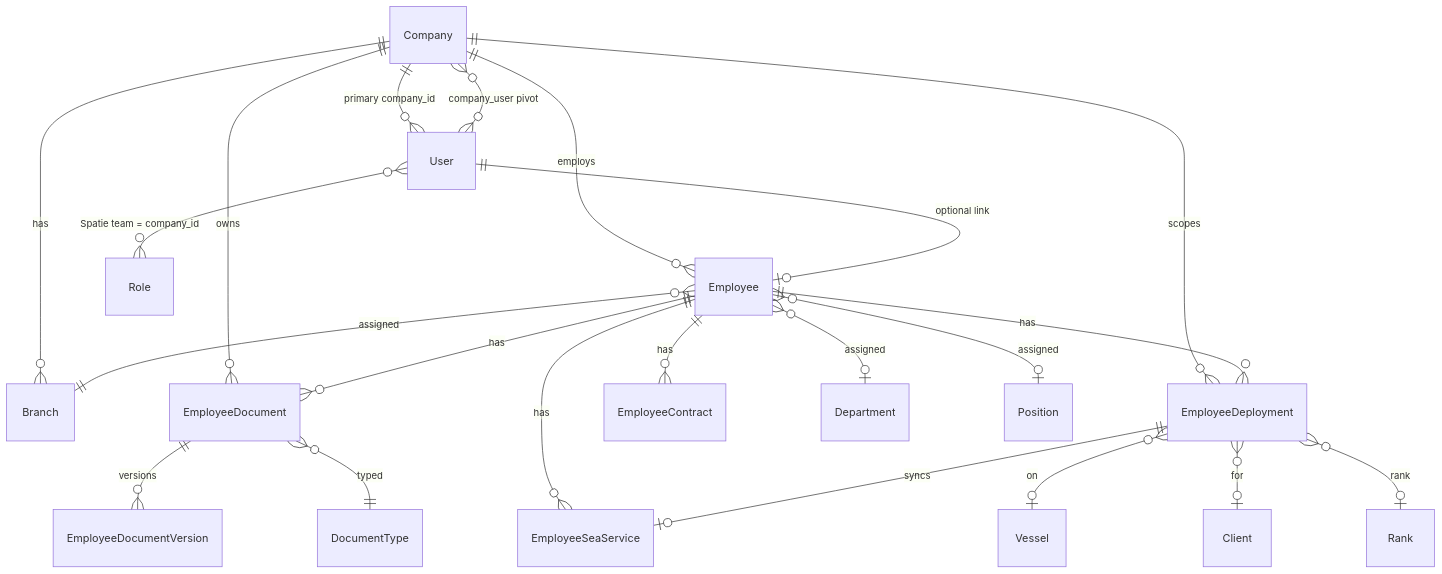
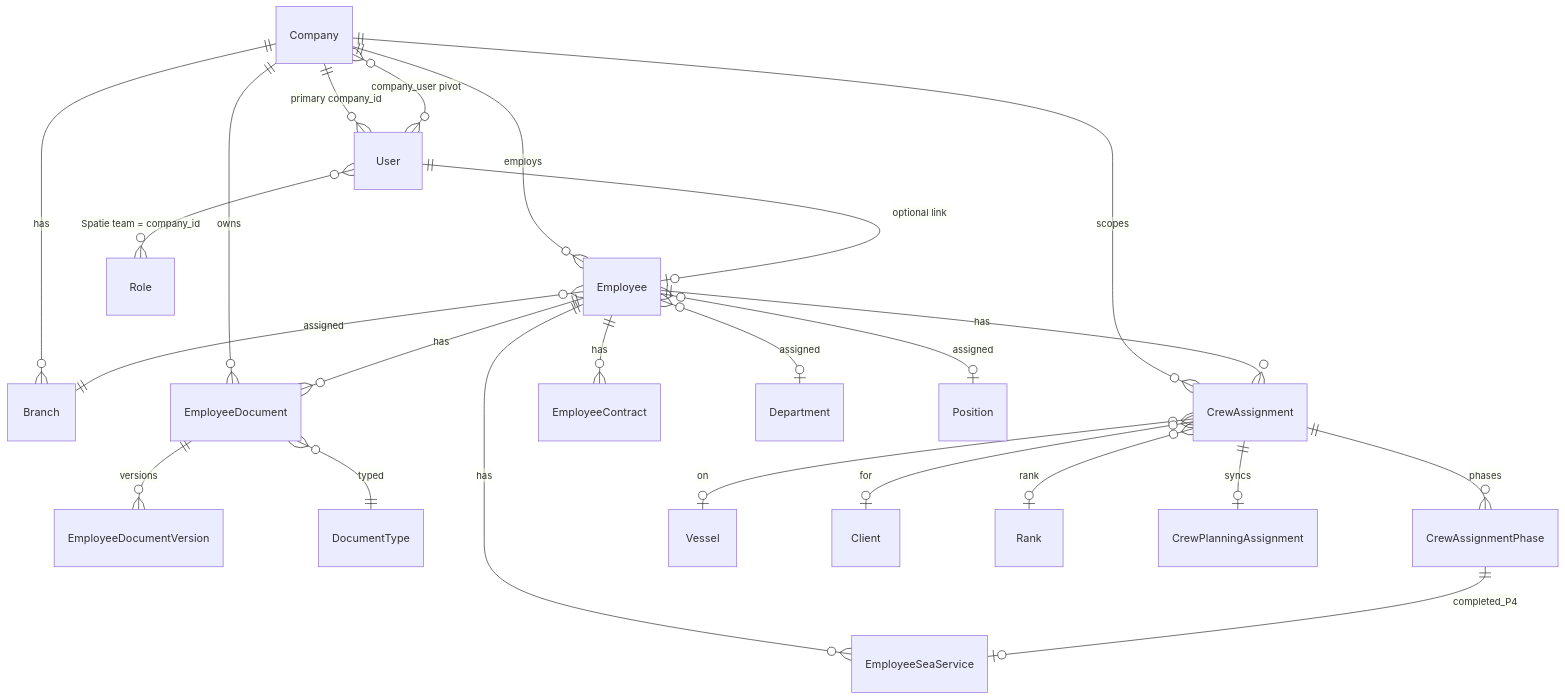
Before and after one commit to rabil007/HRM: the first of 8 diagrams in docs/architecture/domains.md, drawn with Mermaid. The commit also changed other lines of this file and 17 other files, not shown here.

First line of the commit message:
docs: refresh architecture and agent context routing

````diff
--- a/docs/architecture/domains.md
+++ b/docs/architecture/domains.md
@@ -11,28 +11,30 @@
 ```mermaid
 erDiagram
     Company ||--o{ Branch : has
     Company ||--o{ Employee : employs
     Company ||--o{ User : "primary company_id"
     Company }o--o{ User : "company_user pivot"
     Company ||--o{ EmployeeDocument : owns
-    Company ||--o{ EmployeeDeployment : scopes
+    Company ||--o{ CrewAssignment : scopes
 
     User ||--o| Employee : "optional link"
     User }o--o{ Role : "Spatie team = company_id"
 
     Employee ||--o{ EmployeeDocument : has
-    Employee ||--o{ EmployeeDeployment : has
+    Employee ||--o{ CrewAssignment : has
     Employee ||--o{ EmployeeContract : has
     Employee ||--o{ EmployeeSeaService : has
     Employee }o--|| Branch : assigned
     Employee }o--o| Department : assigned
     Employee }o--o| Position : assigned
 
     EmployeeDocument ||--o{ EmployeeDocumentVersion : versions
     EmployeeDocument }o--|| DocumentType : typed
 
-    EmployeeDeployment ||--o| EmployeeSeaService : syncs
-    EmployeeDeployment }o--o| Vessel : on
-    EmployeeDeployment }o--o| Client : for
-    EmployeeDeployment }o--o| Rank : rank
+    CrewAssignment ||--o{ CrewAssignmentPhase : phases
+    CrewAssignment }o--o| Vessel : on
+    CrewAssignment }o--o| Client : for
+    CrewAssignment }o--o| Rank : rank
+    CrewAssignment ||--o| CrewPlanningAssignment : syncs
+    CrewAssignmentPhase ||--o| EmployeeSeaService : completed_P4
 ```
````
